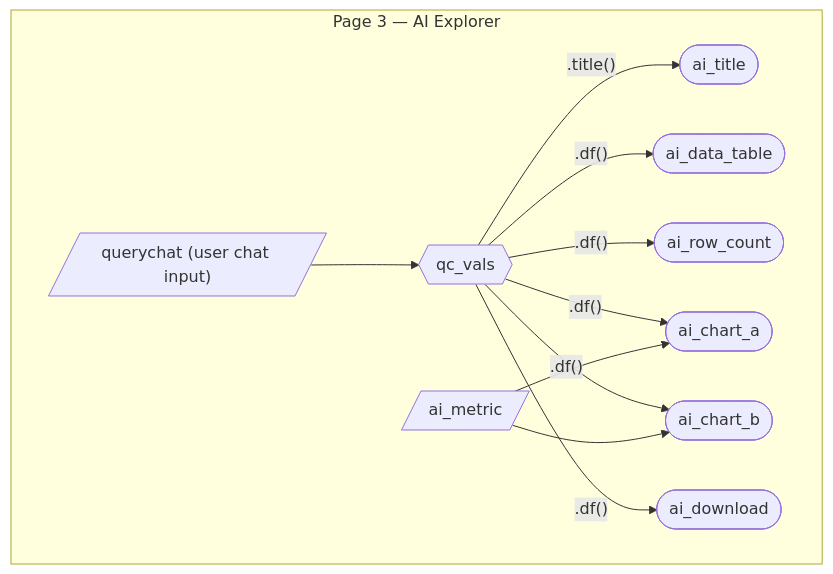
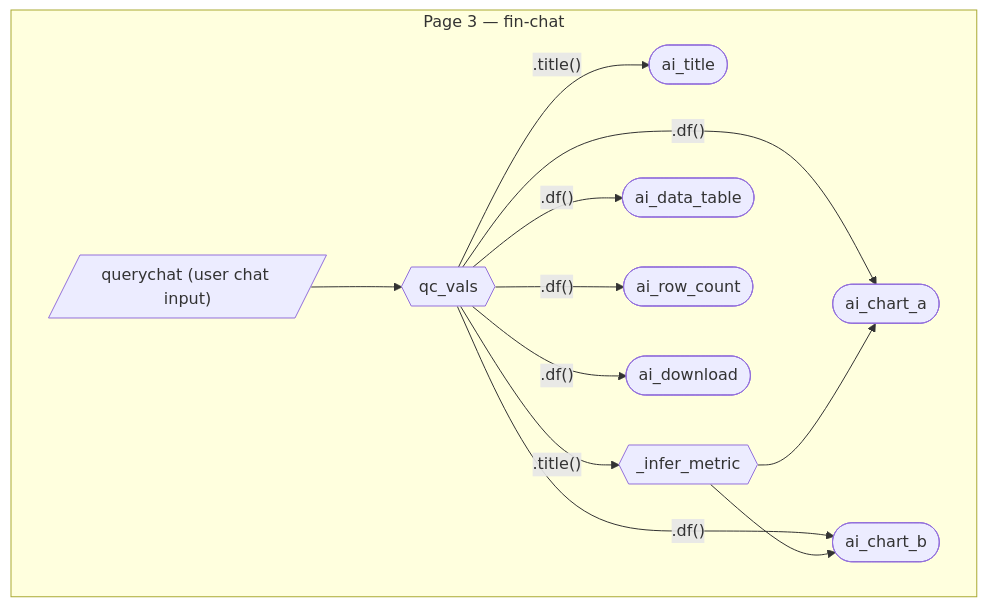
One commit to jiroamato/DSCI-532_2026_33_fin-health changed the first of 2 diagrams in reports/m3_spec.md. Above: the diagram before and after it, drawn with Mermaid. The commit also changed other lines of this file and 13 other files, not shown here.

````diff
--- a/reports/m3_spec.md
+++ b/reports/m3_spec.md
@@ -334,14 +403,15 @@
 ```mermaid
 flowchart TD
-    subgraph S3 ["Page 3 — AI Explorer"]
+    subgraph S3 ["Page 3 — fin-chat"]
         QC[/"querychat (user chat input)"/] --> QCV{{qc_vals}}
         QCV -->|".title()"| T([ai_title])
+        QCV -->|".title()"| IM{{_infer_metric}}
         QCV -->|".df()"| DT([ai_data_table])
         QCV -->|".df()"| RC([ai_row_count])
         QCV -->|".df()"| CA([ai_chart_a])
         QCV -->|".df()"| CB([ai_chart_b])
         QCV -->|".df()"| DL([ai_download])
-        M[/ai_metric/] --> CA
-        M --> CB
+        IM --> CA
+        IM --> CB
     end
 ```
````
